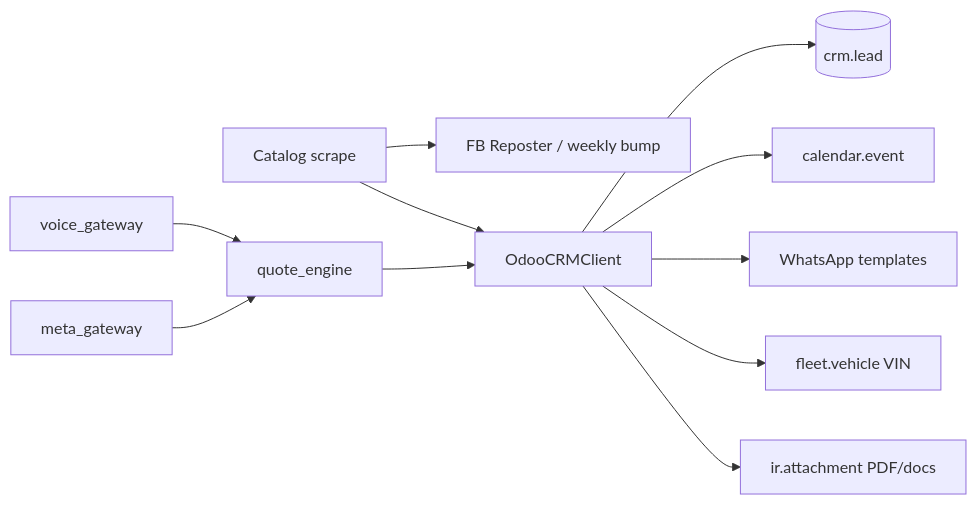
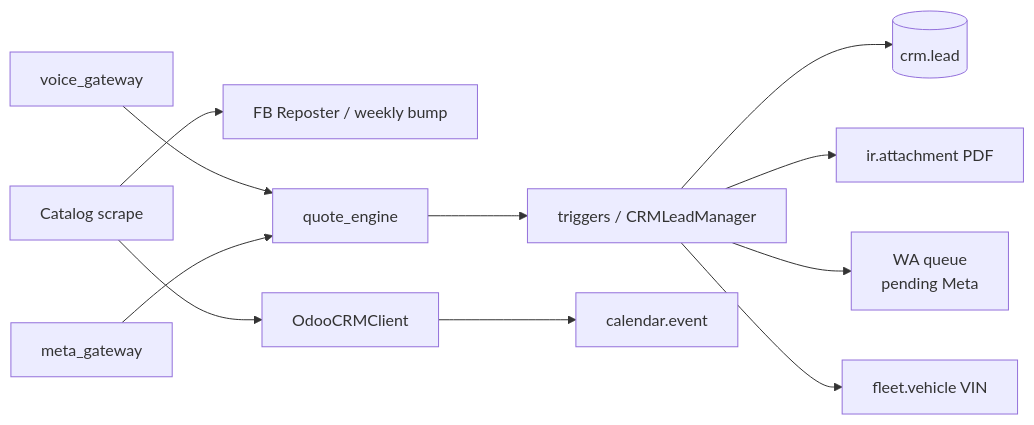
Before and after one commit to mg22mex/auto-upload: diagram 12 of 12 in docs/PROJECT_GUIDE.md, drawn with Mermaid. The commit also changed other lines of this file and 32 other files, not shown here.

````diff
--- a/docs/PROJECT_GUIDE.md
+++ b/docs/PROJECT_GUIDE.md
@@ -495,25 +530,26 @@
 ```mermaid
 flowchart LR
     FB[FB Reposter / weekly bump]
     CAT[Catalog scrape]
     VG[voice_gateway]
     QE[quote_engine]
+    TR[triggers / CRMLeadManager]
     OC[OdooCRMClient]
     LEAD[(crm.lead)]
     CAL[calendar.event]
-    WA[WhatsApp templates]
+    WA[WA queue<br/>pending Meta]
     FLEET[fleet.vehicle VIN]
-    DOC[ir.attachment PDF/docs]
+    DOC[ir.attachment PDF]
     MSG[meta_gateway]
 
     CAT --> FB
     CAT --> OC
     VG --> QE
     MSG --> QE
-    QE --> OC
-    OC --> LEAD
+    QE --> TR
+    TR --> LEAD
+    TR --> DOC
+    TR --> WA
+    TR --> FLEET
     OC --> CAL
-    OC --> WA
-    OC --> FLEET
-    OC --> DOC
 ```
````
